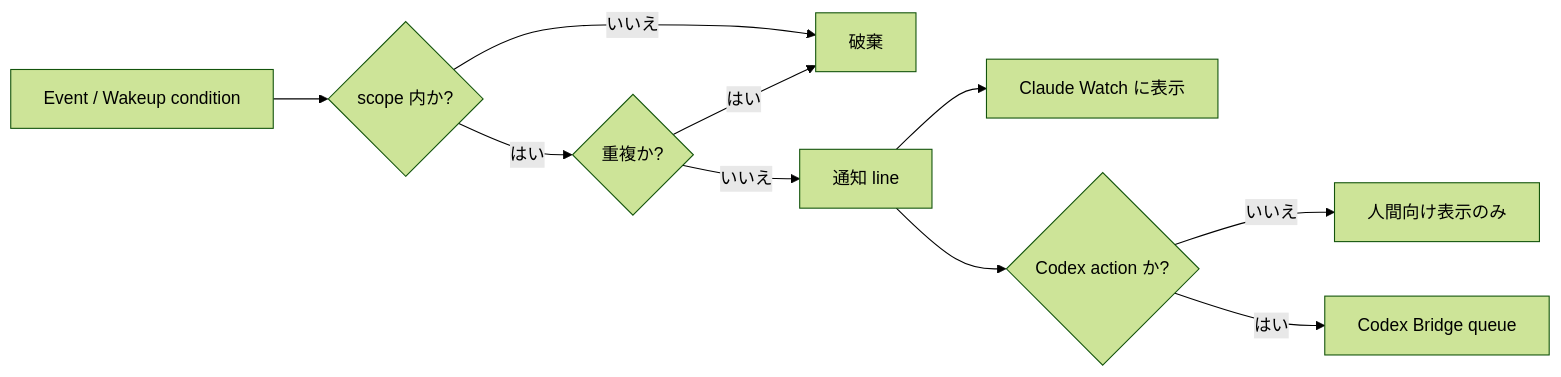
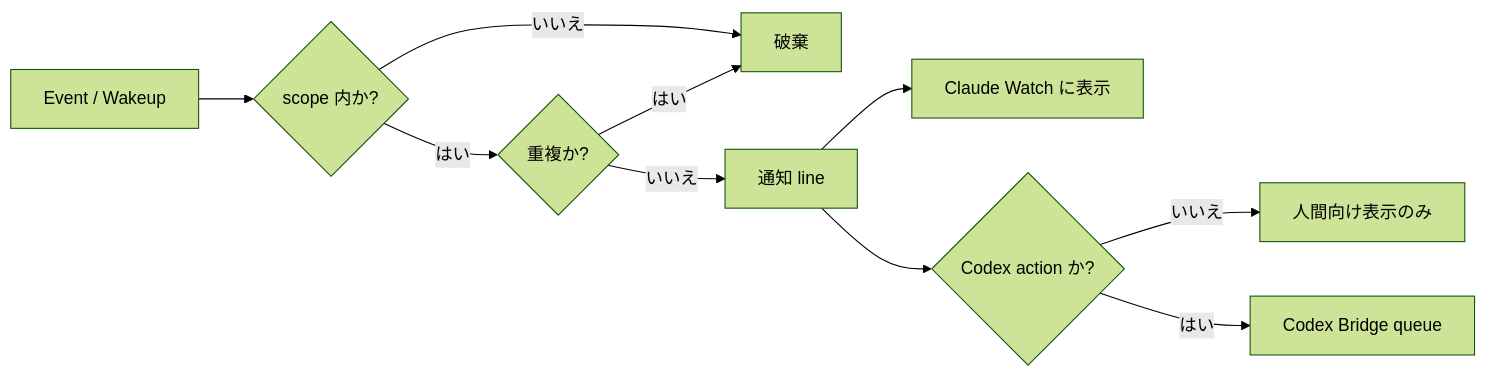
Before and after one commit to michiomochi/atct: the second of 2 diagrams in doc/continuous-execution.md, drawn with Mermaid (forest theme). The commit also changed other lines of this file and 29 other files, not shown here.

````diff
--- a/doc/continuous-execution.md
+++ b/doc/continuous-execution.md
@@ -84,12 +74,12 @@
 ```mermaid
 flowchart LR
-    N[Event / Wakeup condition] --> F{scope 内か?}
+    N[Event / Wakeup] --> F{scope 内か?}
     F -->|いいえ| X[破棄]
     F -->|はい| D{重複か?}
     D -->|はい| X
     D -->|いいえ| L[通知 line]
     L --> C[Claude Watch に表示]
     L --> A{Codex action か?}
     A -->|いいえ| H[人間向け表示のみ]
     A -->|はい| Q[Codex Bridge queue]
 ```
````
